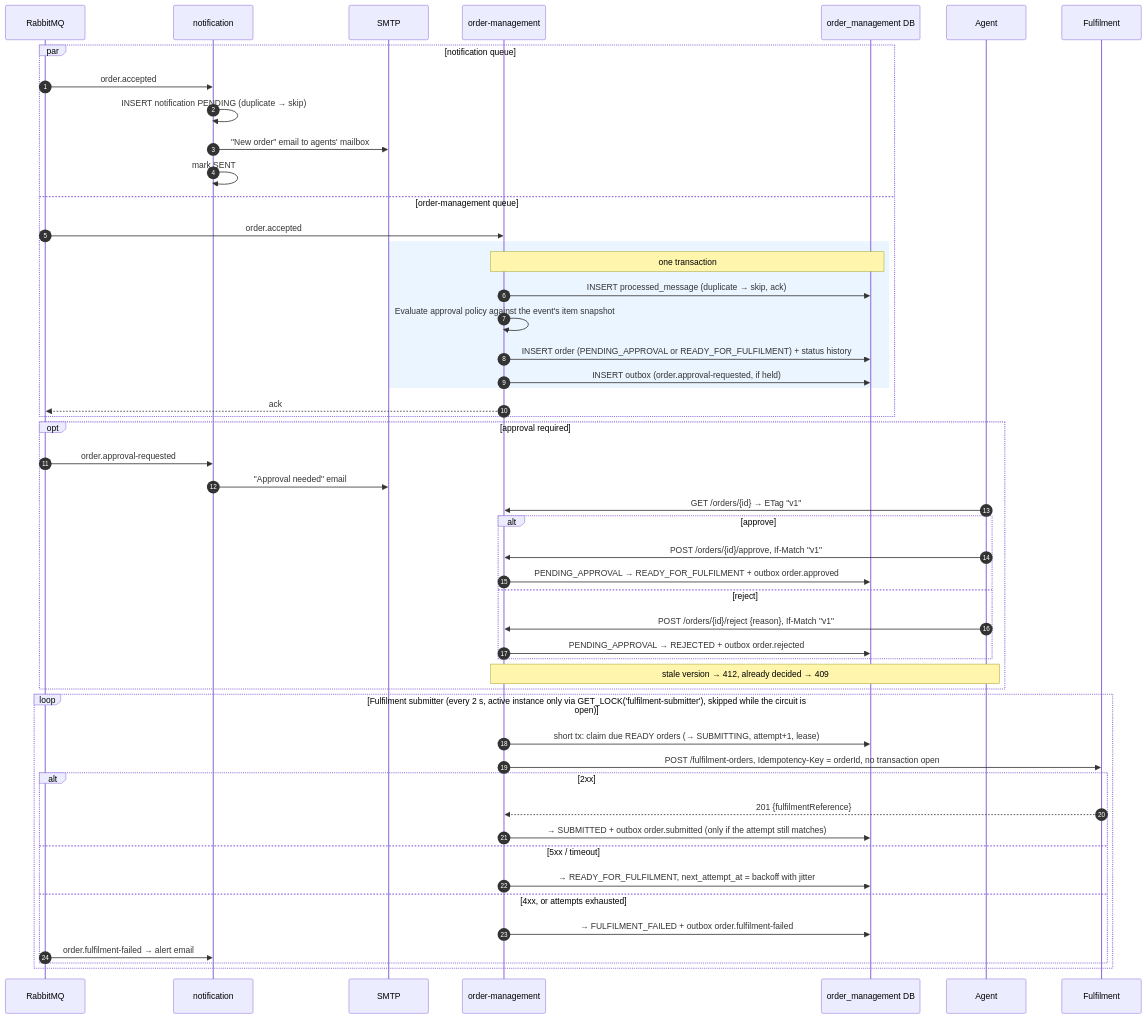
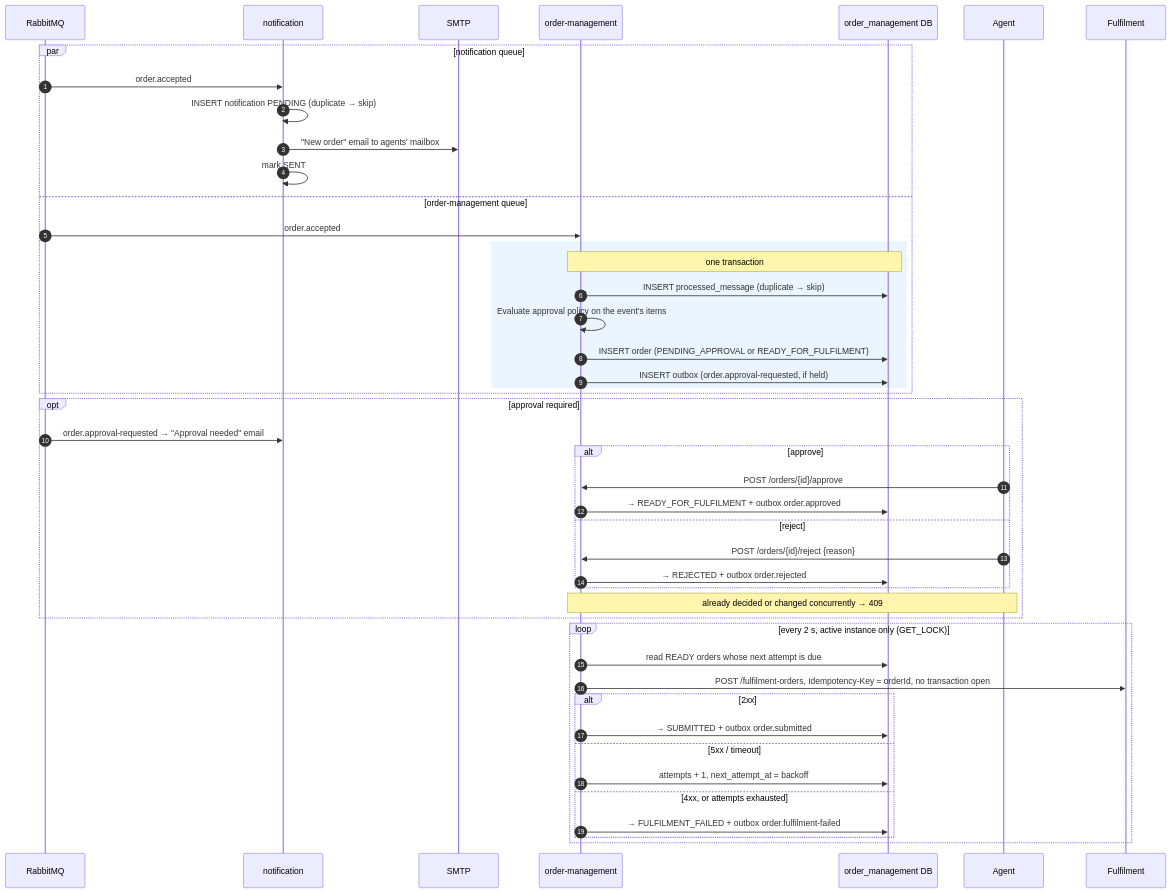
One commit to supriyathakur28/Melita changed the fourth of 5 diagrams in docs/ARCHITECTURE.md. Above: the diagram before and after it, drawn with Mermaid. The commit also changed other lines of this file, not shown here.

````diff
--- a/docs/ARCHITECTURE.md
+++ b/docs/ARCHITECTURE.md
@@ -263,56 +235,51 @@
 ```mermaid
 sequenceDiagram
     autonumber
     participant MQ as RabbitMQ
     participant NS as notification
     participant SMTP
     participant OM as order-management
     participant DB as order_management DB
     participant Agent
     participant FUL as Fulfilment
 
     par notification queue
         MQ->>NS: order.accepted
         NS->>NS: INSERT notification PENDING (duplicate → skip)
         NS->>SMTP: "New order" email to agents' mailbox
         NS->>NS: mark SENT
     and order-management queue
         MQ->>OM: order.accepted
         rect rgb(235,245,255)
         note over OM,DB: one transaction
-        OM->>DB: INSERT processed_message (duplicate → skip, ack)
-        OM->>OM: Evaluate approval policy against the event's item snapshot
-        OM->>DB: INSERT order (PENDING_APPROVAL or READY_FOR_FULFILMENT) + status history
+        OM->>DB: INSERT processed_message (duplicate → skip)
+        OM->>OM: Evaluate approval policy on the event's items
+        OM->>DB: INSERT order (PENDING_APPROVAL or READY_FOR_FULFILMENT)
         OM->>DB: INSERT outbox (order.approval-requested, if held)
         end
-        OM-->>MQ: ack
     end
 
     opt approval required
-        MQ->>NS: order.approval-requested
-        NS->>SMTP: "Approval needed" email
-        Agent->>OM: GET /orders/{id} → ETag "v1"
+        MQ->>NS: order.approval-requested → "Approval needed" email
         alt approve
-            Agent->>OM: POST /orders/{id}/approve, If-Match "v1"
-            OM->>DB: PENDING_APPROVAL → READY_FOR_FULFILMENT + outbox order.approved
+            Agent->>OM: POST /orders/{id}/approve
+            OM->>DB: → READY_FOR_FULFILMENT + outbox order.approved
         else reject
-            Agent->>OM: POST /orders/{id}/reject {reason}, If-Match "v1"
-            OM->>DB: PENDING_APPROVAL → REJECTED + outbox order.rejected
+            Agent->>OM: POST /orders/{id}/reject {reason}
+            OM->>DB: → REJECTED + outbox order.rejected
         end
-        note over Agent,OM: stale version → 412, already decided → 409
+        note over Agent,OM: already decided or changed concurrently → 409
     end
 
-    loop Fulfilment submitter (every 2 s, active instance only via GET_LOCK('fulfilment-submitter'), skipped while the circuit is open)
-        OM->>DB: short tx: claim due READY orders (→ SUBMITTING, attempt+1, lease)
+    loop every 2 s, active instance only (GET_LOCK)
+        OM->>DB: read READY orders whose next attempt is due
         OM->>FUL: POST /fulfilment-orders, Idempotency-Key = orderId, no transaction open
         alt 2xx
-            FUL-->>OM: 201 {fulfilmentReference}
-            OM->>DB: → SUBMITTED + outbox order.submitted (only if the attempt still matches)
+            OM->>DB: → SUBMITTED + outbox order.submitted
         else 5xx / timeout
-            OM->>DB: → READY_FOR_FULFILMENT, next_attempt_at = backoff with jitter
+            OM->>DB: attempts + 1, next_attempt_at = backoff
         else 4xx, or attempts exhausted
             OM->>DB: → FULFILMENT_FAILED + outbox order.fulfilment-failed
-            MQ->>NS: order.fulfilment-failed → alert email
         end
     end
 ```
````
